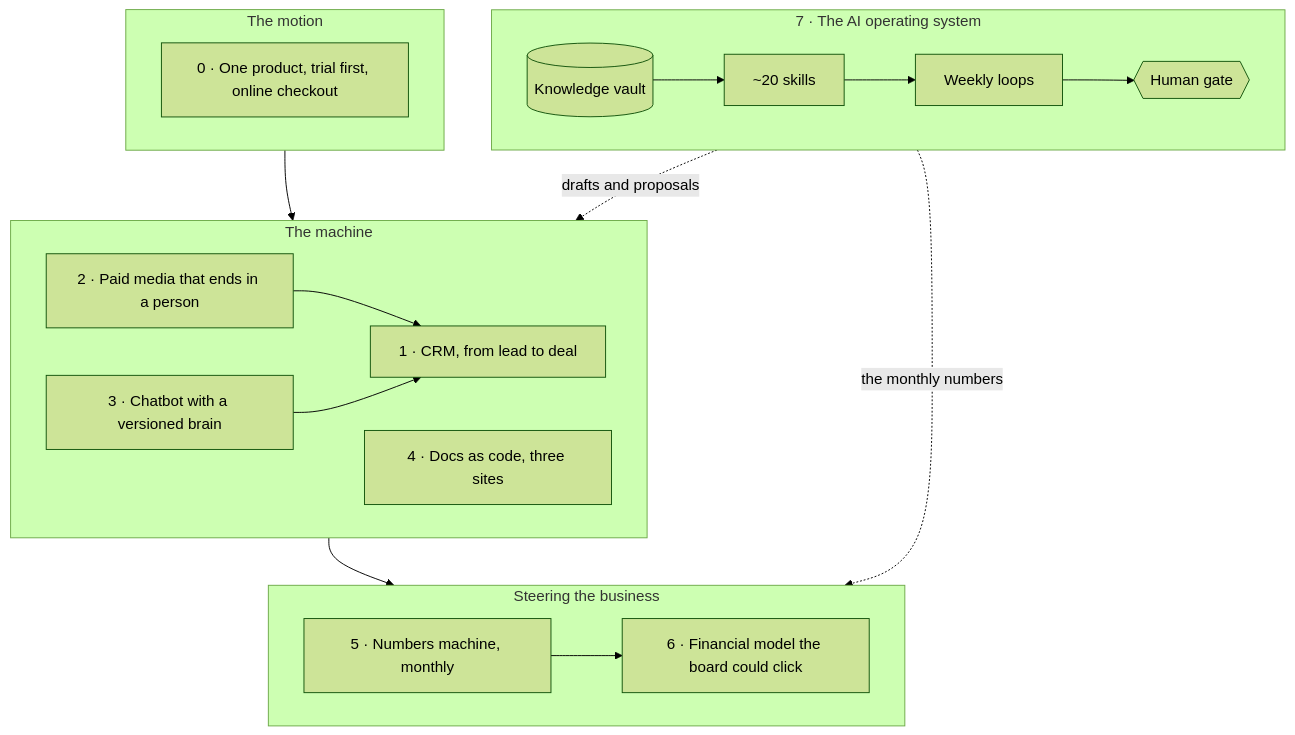
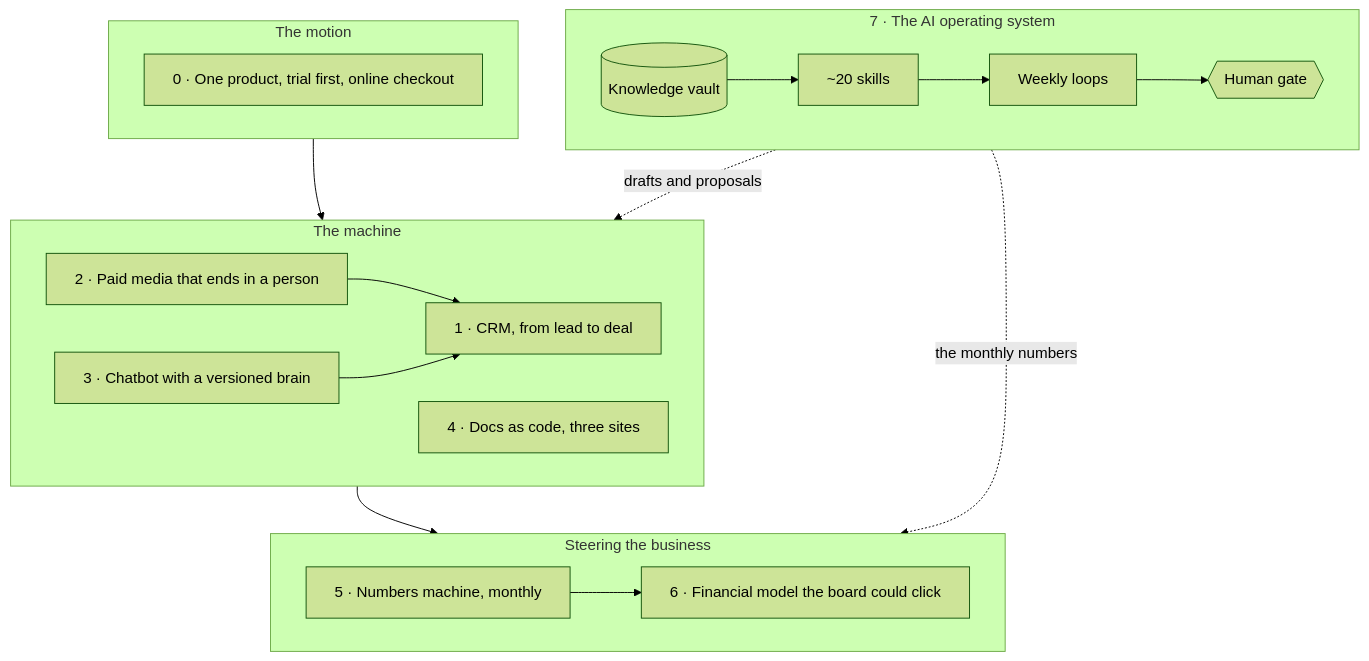
The diagram in README.md (nunomnferreirapt/ai-operated-growth-engine), drawn with Mermaid (forest theme) before and after one commit. The commit also changed 1 other file, not shown here.

Commit message:
Diagrams: wrapping width set so GitHub renders full labels (its default clips at sixteen characters)
Claude-Session: https://claude.ai/code/session_013vAMTruojjzTuNGSxvVixS

````diff
--- a/README.md
+++ b/README.md
@@ -11,23 +11,24 @@
 ```mermaid
+%%{init: {"flowchart": {"wrappingWidth": 600}}}%%
 flowchart TB
     subgraph OS["7 · The AI operating system"]
         direction LR
         V[("Knowledge vault")] --> SK["~20 skills"] --> L["Weekly loops"] --> G{{"Human gate"}}
     end
     subgraph MO["The motion"]
         C0["0 · One product, trial first, online checkout"]
     end
     subgraph MA["The machine"]
         direction LR
         C2["2 · Paid media that ends in a person"] --> C1["1 · CRM, from lead to deal"]
         C3["3 · Chatbot with a versioned brain"] --> C1
         C4["4 · Docs as code, three sites"]
     end
     subgraph ST["Steering the business"]
         direction LR
         C5["5 · Numbers machine, monthly"] --> C6["6 · Financial model the board could click"]
     end
     MO --> MA --> ST
     OS -. drafts and proposals .-> MA
     OS -. the monthly numbers .-> ST
 ```
````
